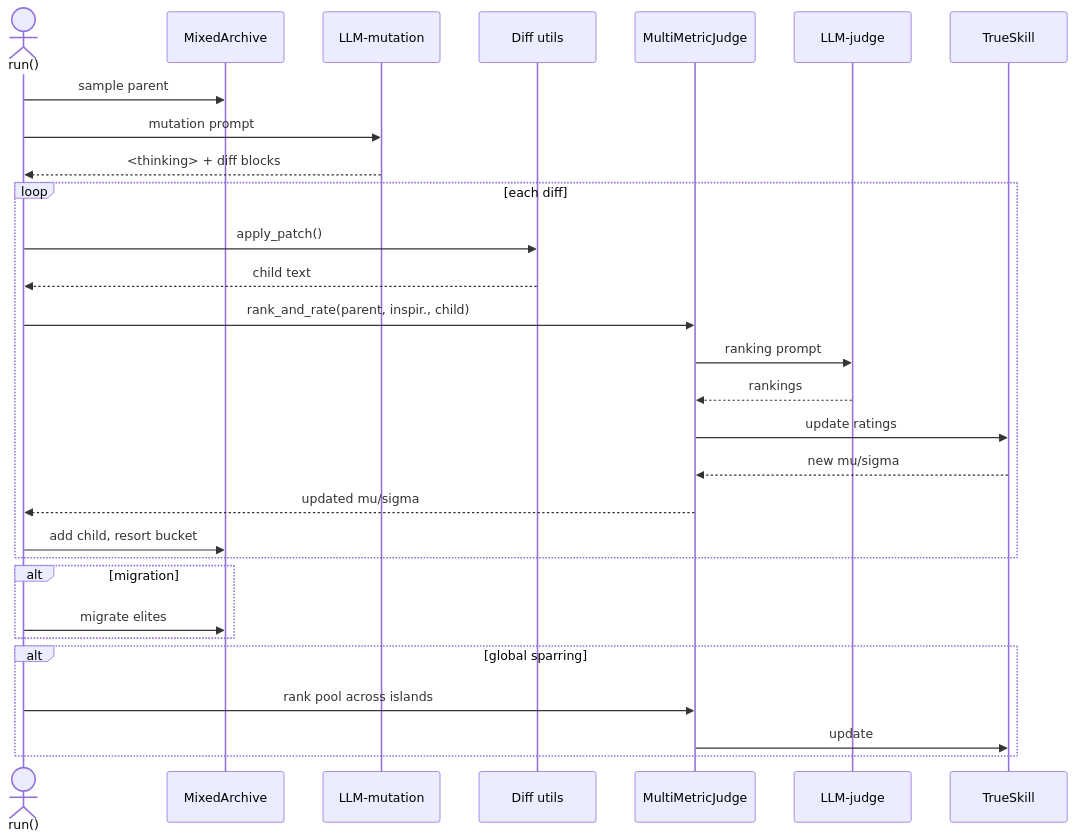
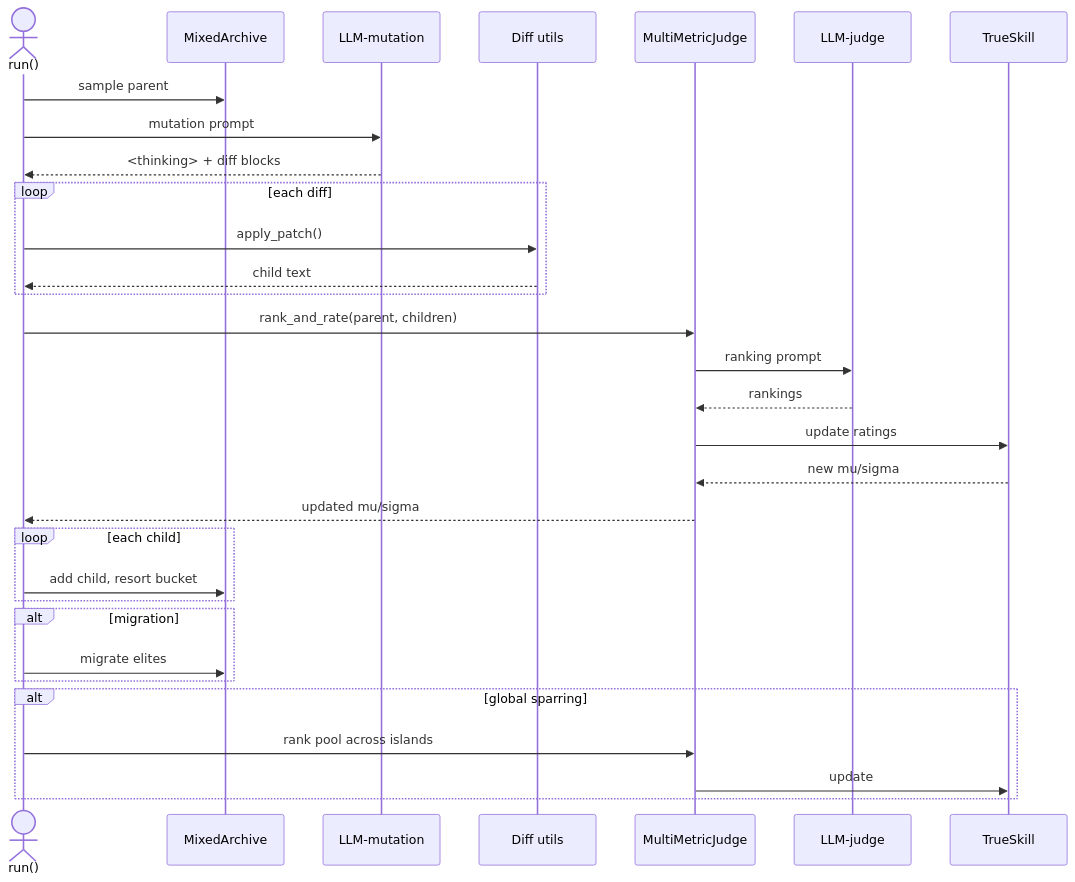
One commit to caesarnine/fuzzyevolve changed the first of 2 diagrams in README.md. Above: the diagram before and after it, drawn with Mermaid. The commit also changed other lines of this file and 12 other files, not shown here.

````diff
--- a/README.md
+++ b/README.md
@@ -139,32 +139,34 @@
 ```mermaid
 sequenceDiagram
     actor Runner as run()
     participant Arc as MixedArchive
     participant MutLLM as LLM‑mutation
     participant Patch as Diff utils
     participant Judge as MultiMetricJudge
     participant JLLM as LLM‑judge
     participant TS as TrueSkill
 
     Runner->>Arc: sample parent
     Runner->>MutLLM: mutation prompt
     MutLLM-->>Runner: <thinking> + diff blocks
     loop each diff
         Runner->>Patch: apply_patch()
         Patch-->>Runner: child text
-        Runner->>Judge: rank_and_rate(parent, inspir., child)
-        Judge->>JLLM: ranking prompt
-        JLLM-->>Judge: rankings
-        Judge->>TS: update ratings
-        TS-->>Judge: new mu/sigma
-        Judge-->>Runner: updated mu/sigma
+    end
+    Runner->>Judge: rank_and_rate(parent, children)
+    Judge->>JLLM: ranking prompt
+    JLLM-->>Judge: rankings
+    Judge->>TS: update ratings
+    TS-->>Judge: new mu/sigma
+    Judge-->>Runner: updated mu/sigma
+    loop each child
         Runner->>Arc: add child, resort bucket
     end
     alt migration
         Runner->>Arc: migrate elites
     end
     alt global sparring
         Runner->>Judge: rank pool across islands
         Judge->>TS: update
     end
 ```
````
